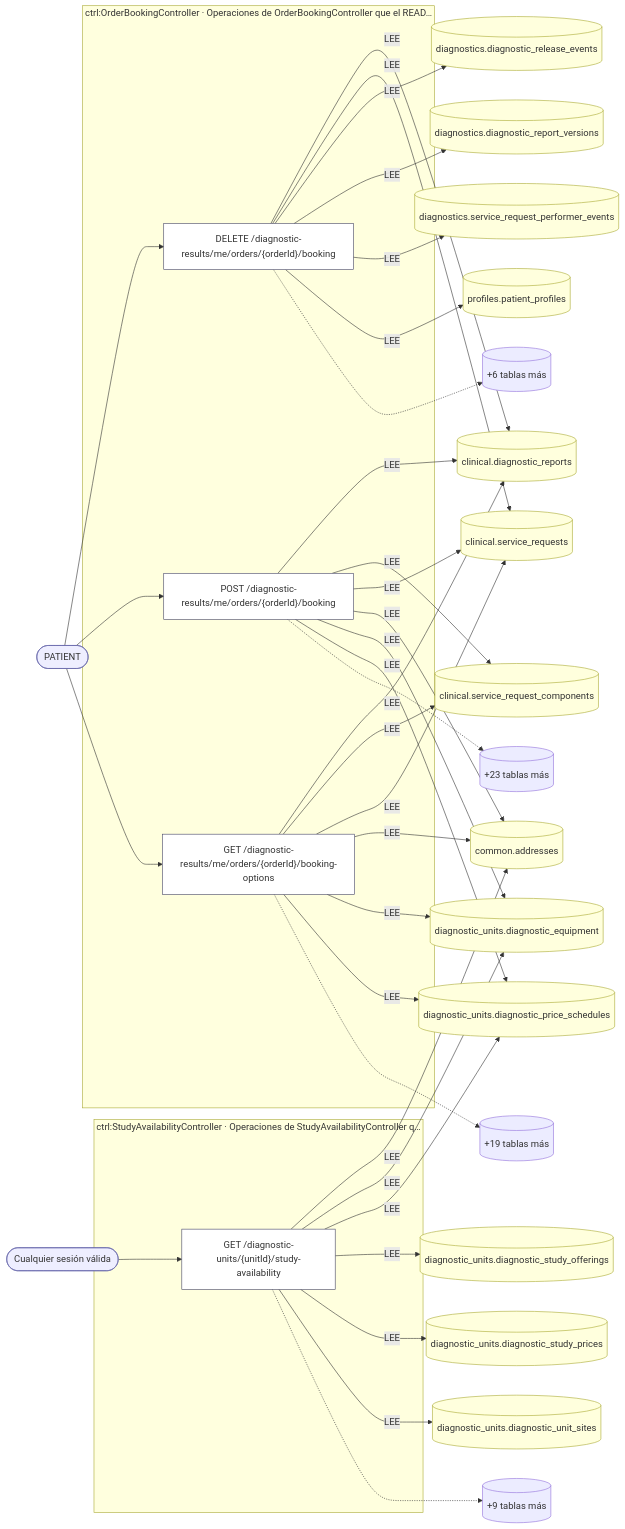
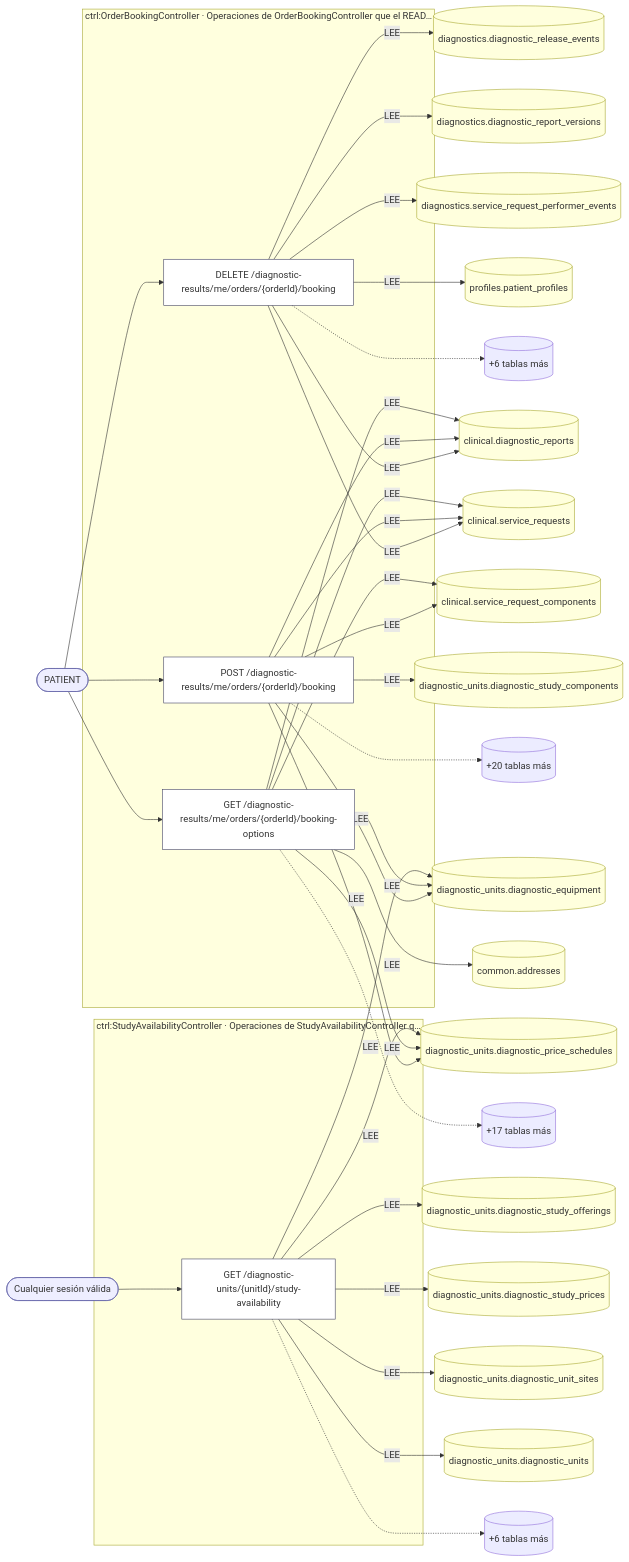
Before and after one commit to mdavila-2001/mantra-core-health-api: the third of 46 diagrams in docs/inventario/flujos/diagnostic_units.md, drawn with Mermaid. The commit also changed other lines of this file and 124 other files, not shown here.

````diff
--- a/docs/inventario/flujos/diagnostic_units.md
+++ b/docs/inventario/flujos/diagnostic_units.md
@@ -542,66 +542,68 @@
 ```mermaid
 flowchart LR
   a2(["PATIENT"]):::actor
-  a19(["Cualquier sesión válida"]):::actor
+  a20(["Cualquier sesión válida"]):::actor
   t3[("clinical.diagnostic_reports")]:::tabla
   t4[("clinical.service_requests")]:::tabla
   t5[("diagnostics.diagnostic_release_events")]:::tabla
   t6[("diagnostics.diagnostic_report_versions")]:::tabla
   t7[("diagnostics.service_request_performer_events")]:::tabla
   t8[("profiles.patient_profiles")]:::tabla
   t11[("clinical.service_request_components")]:::tabla
-  t12[("common.addresses")]:::tabla
-  t13[("diagnostic_units.diagnostic_equipment")]:::tabla
-  t14[("diagnostic_units.diagnostic_price_schedules")]:::tabla
-  t20[("diagnostic_units.diagnostic_study_offerings")]:::tabla
-  t21[("diagnostic_units.diagnostic_study_prices")]:::tabla
-  t22[("diagnostic_units.diagnostic_unit_sites")]:::tabla
+  t12[("diagnostic_units.diagnostic_equipment")]:::tabla
+  t13[("diagnostic_units.diagnostic_price_schedules")]:::tabla
+  t14[("diagnostic_units.diagnostic_study_components")]:::tabla
+  t17[("common.addresses")]:::tabla
+  t21[("diagnostic_units.diagnostic_study_offerings")]:::tabla
+  t22[("diagnostic_units.diagnostic_study_prices")]:::tabla
+  t23[("diagnostic_units.diagnostic_unit_sites")]:::tabla
+  t24[("diagnostic_units.diagnostic_units")]:::tabla
   t9[("+6 tablas más")]
-  t15[("+23 tablas más")]
-  t17[("+19 tablas más")]
+  t15[("+20 tablas más")]
+  t18[("+17 tablas más")]
   subgraph s0["ctrl:OrderBookingController · Operaciones de OrderBookingController que el READ…"]
     o1["DELETE /diagnostic-results/me/orders/{orderId}/booking"]:::op
     o10["POST /diagnostic-results/me/orders/{orderId}/booking"]:::op
     o16["GET /diagnostic-results/me/orders/{orderId}/booking-options"]:::op
   end
-  t23[("+9 tablas más")]
+  t25[("+6 tablas más")]
   subgraph s1["ctrl:StudyAvailabilityController · Operaciones de StudyAvailabilityController q…"]
-    o18["GET /diagnostic-units/{unitId}/study-availability"]:::op
+    o19["GET /diagnostic-units/{unitId}/study-availability"]:::op
   end
   a2 --> o1
   o1 -->|"LEE"| t3
   o1 -->|"LEE"| t4
   o1 -->|"LEE"| t5
   o1 -->|"LEE"| t6
   o1 -->|"LEE"| t7
   o1 -->|"LEE"| t8
   o1 -.-> t9
   a2 --> o10
   o10 -->|"LEE"| t3
   o10 -->|"LEE"| t11
   o10 -->|"LEE"| t4
   o10 -->|"LEE"| t12
   o10 -->|"LEE"| t13
   o10 -->|"LEE"| t14
   o10 -.-> t15
   a2 --> o16
   o16 -->|"LEE"| t3
   o16 -->|"LEE"| t11
   o16 -->|"LEE"| t4
+  o16 -->|"LEE"| t17
   o16 -->|"LEE"| t12
   o16 -->|"LEE"| t13
-  o16 -->|"LEE"| t14
-  o16 -.-> t17
-  a19 --> o18
-  o18 -->|"LEE"| t12
-  o18 -->|"LEE"| t13
-  o18 -->|"LEE"| t14
-  o18 -->|"LEE"| t20
-  o18 -->|"LEE"| t21
-  o18 -->|"LEE"| t22
-  o18 -.-> t23
+  o16 -.-> t18
+  a20 --> o19
+  o19 -->|"LEE"| t12
+  o19 -->|"LEE"| t13
+  o19 -->|"LEE"| t21
+  o19 -->|"LEE"| t22
+  o19 -->|"LEE"| t23
+  o19 -->|"LEE"| t24
+  o19 -.-> t25
   classDef op fill:#fff,stroke:#446
   classDef actor fill:#eef,stroke:#66a
   classDef tabla fill:#ffd,stroke:#aa3
   classDef evento fill:#efe,stroke:#3a3
 ```
````
